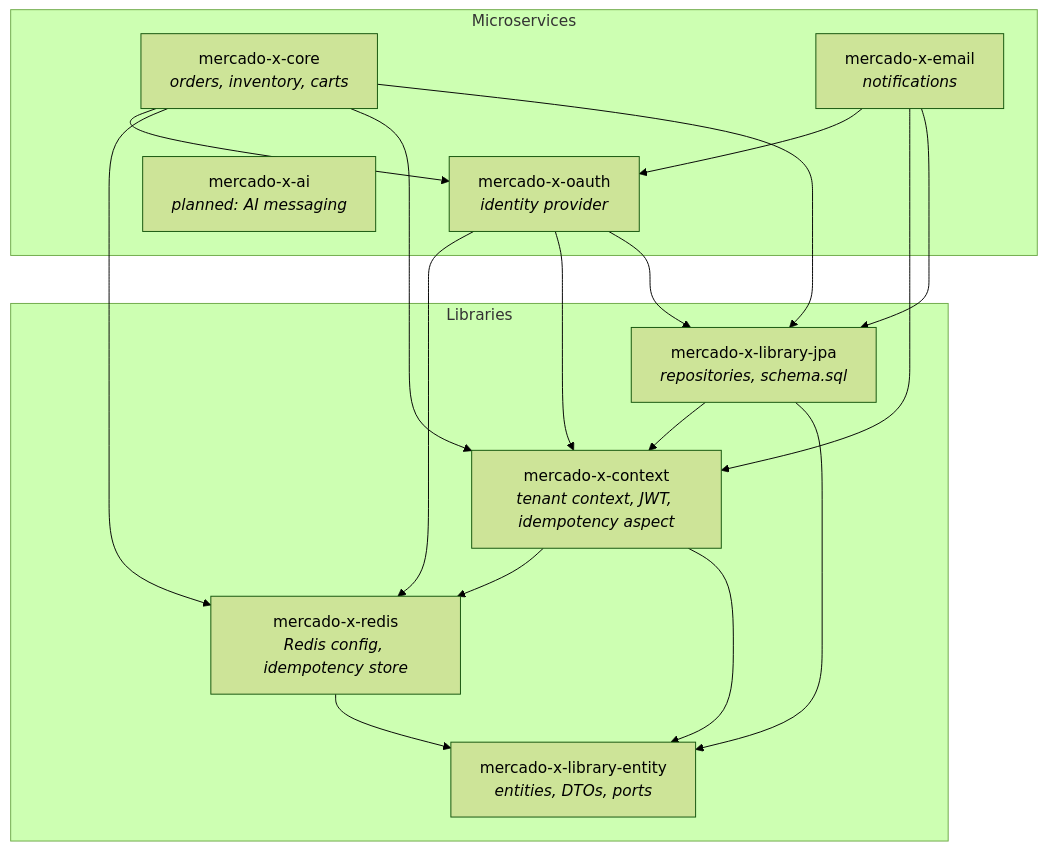
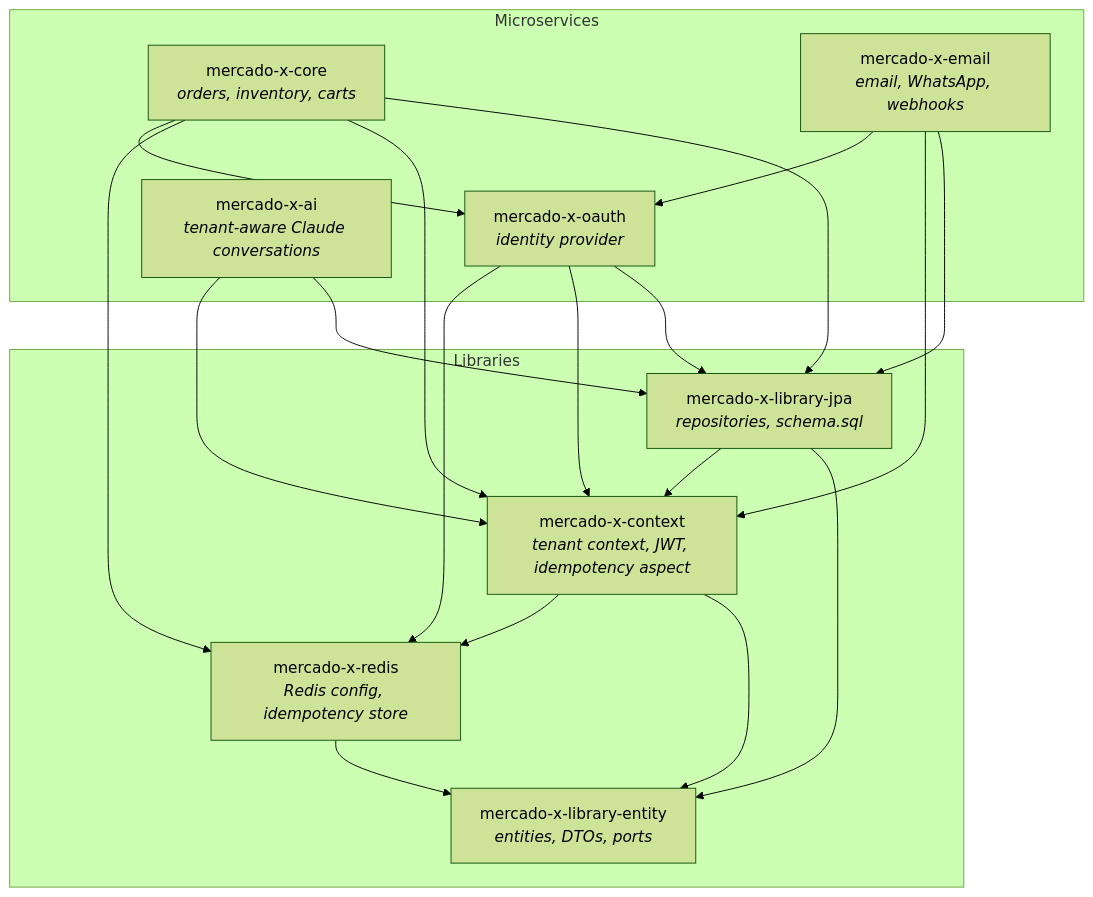
One commit to igorzelaya-io/mercado-x-parent changed the first of 3 diagrams in README.md. Above: the diagram before and after it, drawn with Mermaid (forest theme). The commit also changed other lines of this file and 5 other files, not shown here.

Commit message:
master: updated README + claude context

````diff
--- a/README.md
+++ b/README.md
@@ -58,35 +60,38 @@
 ```mermaid
 graph TD
     subgraph Libraries
         entity[mercado-x-library-entity<br/><i>entities, DTOs, ports</i>]
         redis[mercado-x-redis<br/><i>Redis config, idempotency store</i>]
         context[mercado-x-context<br/><i>tenant context, JWT, idempotency aspect</i>]
         jpa[mercado-x-library-jpa<br/><i>repositories, schema.sql</i>]
     end
 
     subgraph Microservices
         oauth[mercado-x-oauth<br/><i>identity provider</i>]
         core[mercado-x-core<br/><i>orders, inventory, carts</i>]
-        email[mercado-x-email<br/><i>notifications</i>]
-        ai[mercado-x-ai<br/><i>planned: AI messaging</i>]
+        email[mercado-x-email<br/><i>email, WhatsApp, webhooks</i>]
+        ai[mercado-x-ai<br/><i>tenant-aware Claude conversations</i>]
     end
 
     redis --> entity
     context --> entity
     context --> redis
     jpa --> entity
     jpa --> context
 
     oauth --> jpa
     oauth --> context
     oauth --> redis
 
     core --> jpa
     core --> context
     core --> redis
     core --> oauth
 
     email --> jpa
     email --> context
     email --> oauth
+
+    ai --> jpa
+    ai --> context
 ```
````
